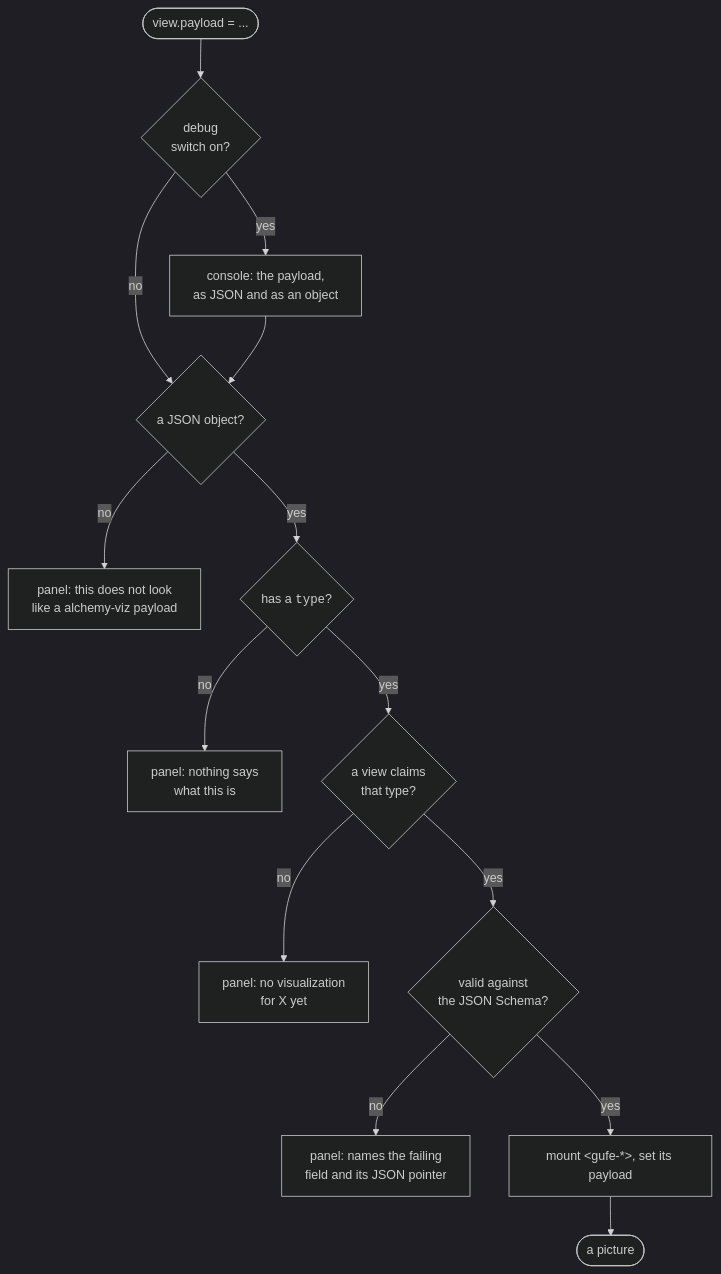
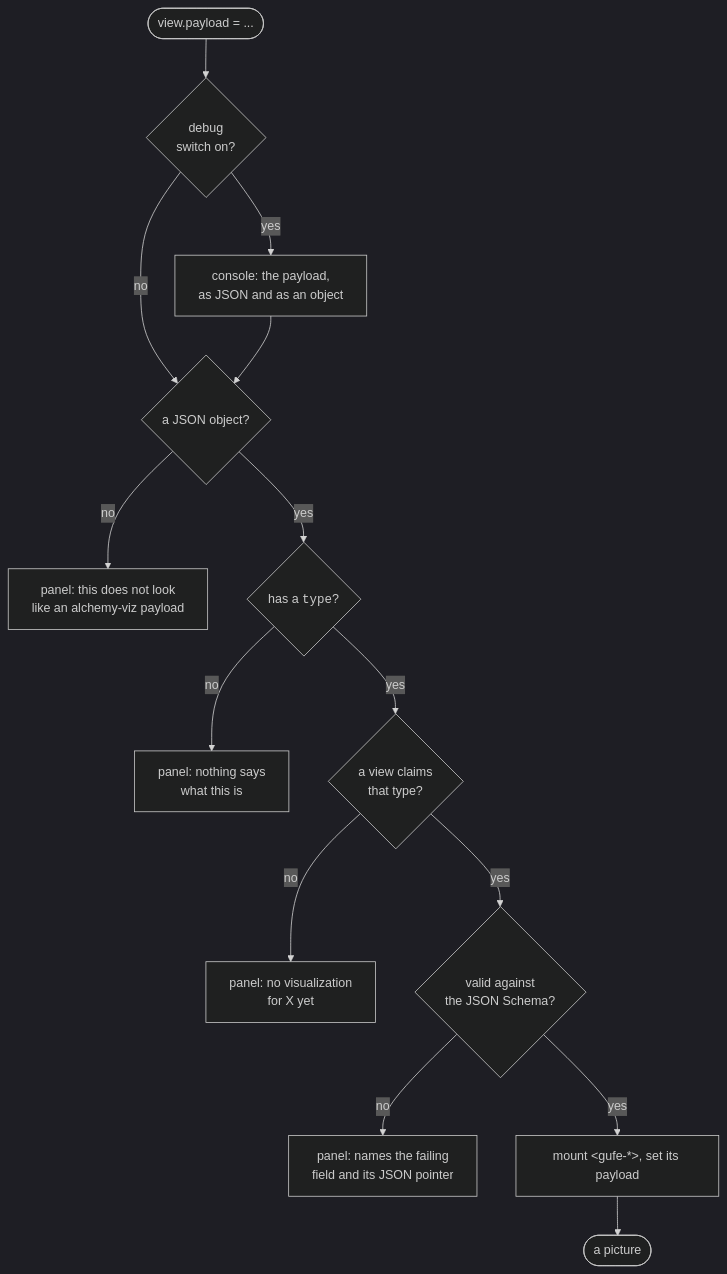
Before and after one commit to omsf-eco-infra/alchemy-viz: the second of 3 diagrams in README.md, drawn with Mermaid (dark theme). The commit also changed other lines of this file and 15 other files, not shown here.

````diff
--- a/README.md
+++ b/README.md
@@ -314,16 +356,16 @@
 ```mermaid
 flowchart TD
   arrive(["view.payload = ..."]) --> dbg{"debug<br/>switch on?"}
   dbg -->|yes| console["console: the payload,<br/>as JSON and as an object"]
   dbg -->|no| isobj{"a JSON object?"}
   console --> isobj
-  isobj -->|no| p1["panel: this does not look<br/>like a alchemy-viz payload"]
+  isobj -->|no| p1["panel: this does not look<br/>like an alchemy-viz payload"]
   isobj -->|yes| hastype{"has a <code>type</code>?"}
   hastype -->|no| p3["panel: nothing says<br/>what this is"]
   hastype -->|yes| hasview{"a view claims<br/>that type?"}
   hasview -->|no| p4["panel: no visualization<br/>for X yet"]
   hasview -->|yes| valid{"valid against<br/>the JSON Schema?"}
   valid -->|no| p5["panel: names the failing<br/>field and its JSON pointer"]
   valid -->|yes| mount["mount &lt;gufe-*&gt;, set its payload"]
   mount --> draw(["a picture"])
 ```
````
